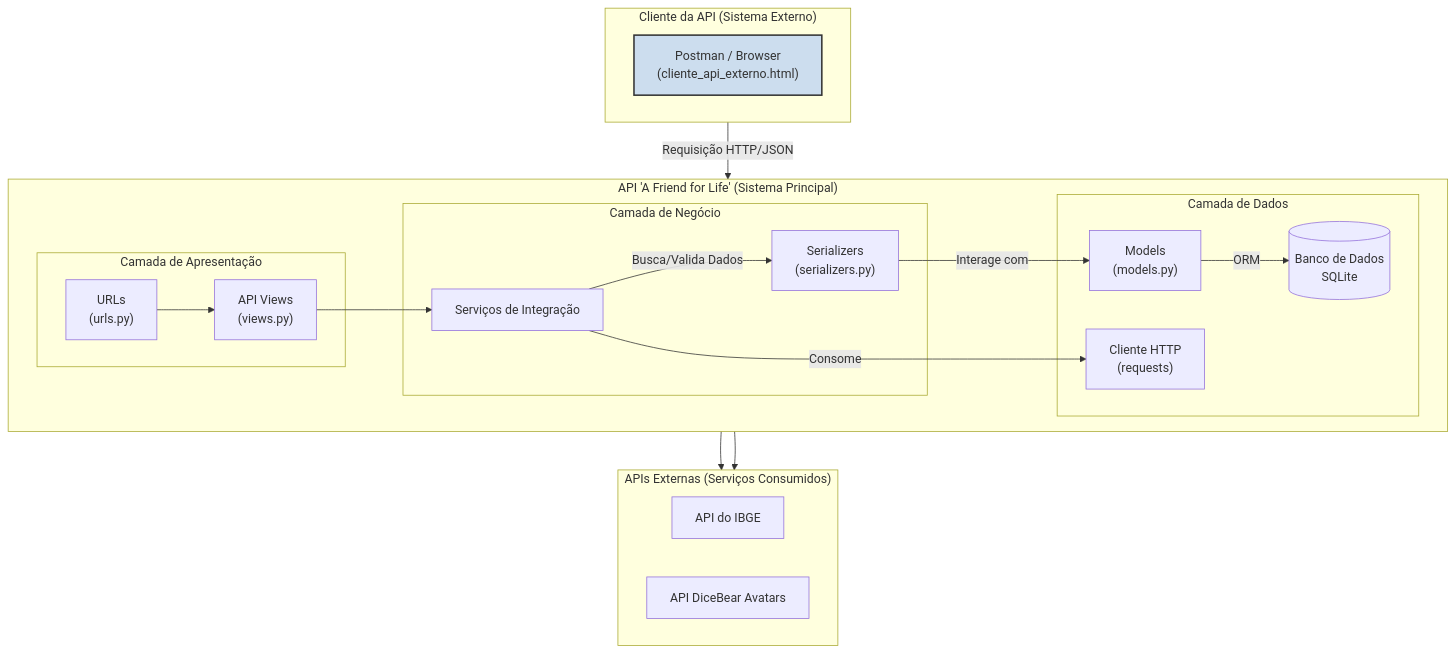
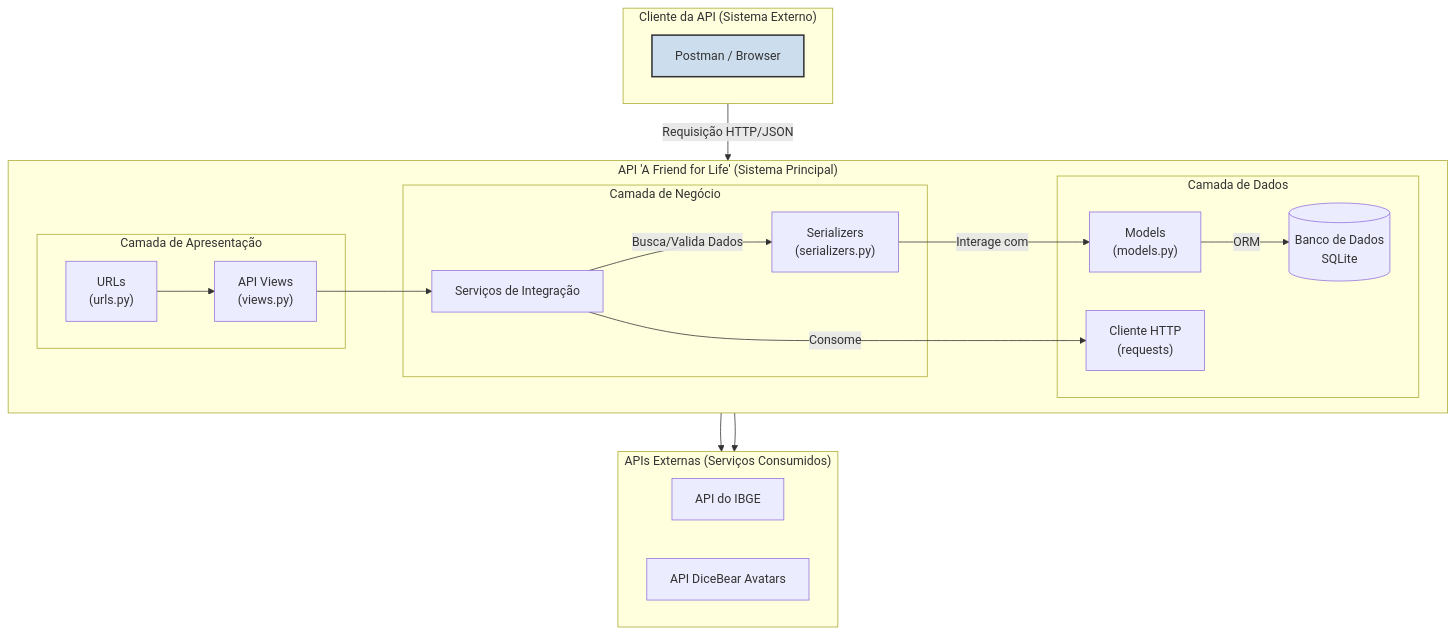
The diagram in docs/architecture.md (Yuridevpro/api_friend_for_life), drawn with Mermaid before and after one commit.

````diff
--- a/docs/architecture.md
+++ b/docs/architecture.md
@@ -18,36 +18,36 @@
 ```mermaid
 graph TD
     subgraph "Cliente da API (Sistema Externo)"
         direction LR
-        Client["Postman / Browser<br>(cliente_api_externo.html)"]
+        Client["Postman / Browser<br>"]
     end
 
     subgraph "API 'A Friend for Life' (Sistema Principal)"
         direction LR
         
         subgraph "Camada de Apresentação"
             A["URLs<br>(urls.py)"] --> B["API Views<br>(views.py)"];
         end
 
         subgraph "Camada de Negócio"
             B --> C["Serviços de Integração"];
             C -- "Busca/Valida Dados" --> D["Serializers<br>(serializers.py)"];
         end
 
         subgraph "Camada de Dados"
             D -- "Interage com" --> E["Models<br>(models.py)"];
             E -- ORM --> F[("Banco de Dados<br>SQLite")];
             C -- "Consome" --> G["Cliente HTTP<br>(requests)"];
         end
     end
 
     subgraph "APIs Externas (Serviços Consumidos)"
         direction LR
         G --> H["API do IBGE"];
         G --> I["API DiceBear Avatars"];
     end
 
     Client -- "Requisição HTTP/JSON" --> A;
 
     style Client fill:#cde,stroke:#333,stroke-width:2px
 ```
````
